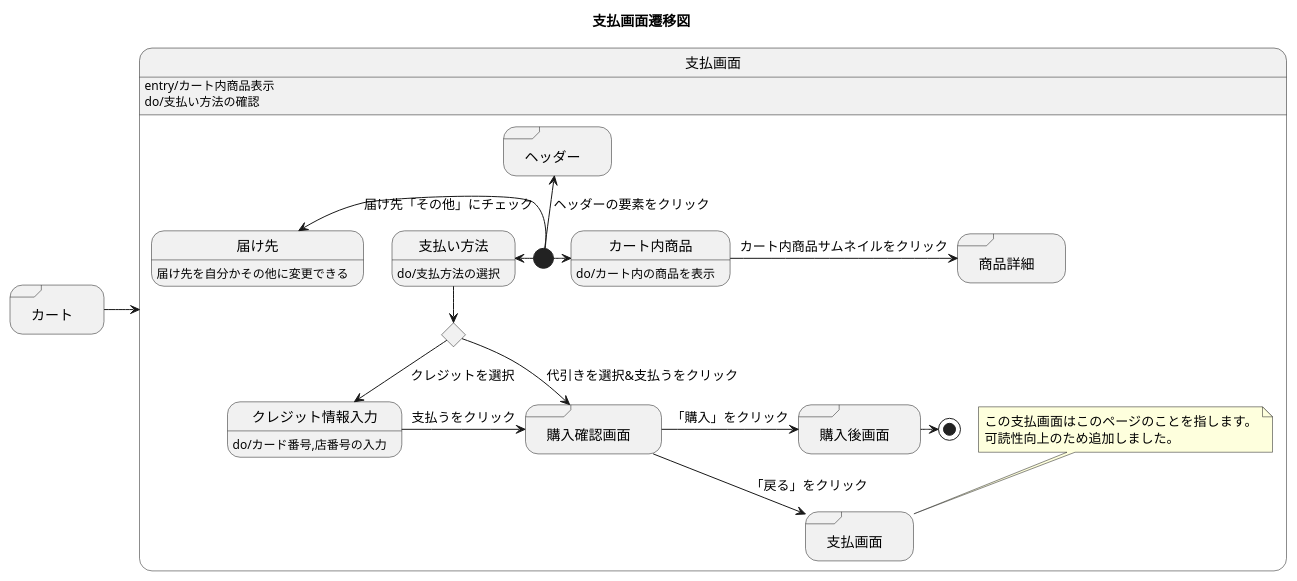
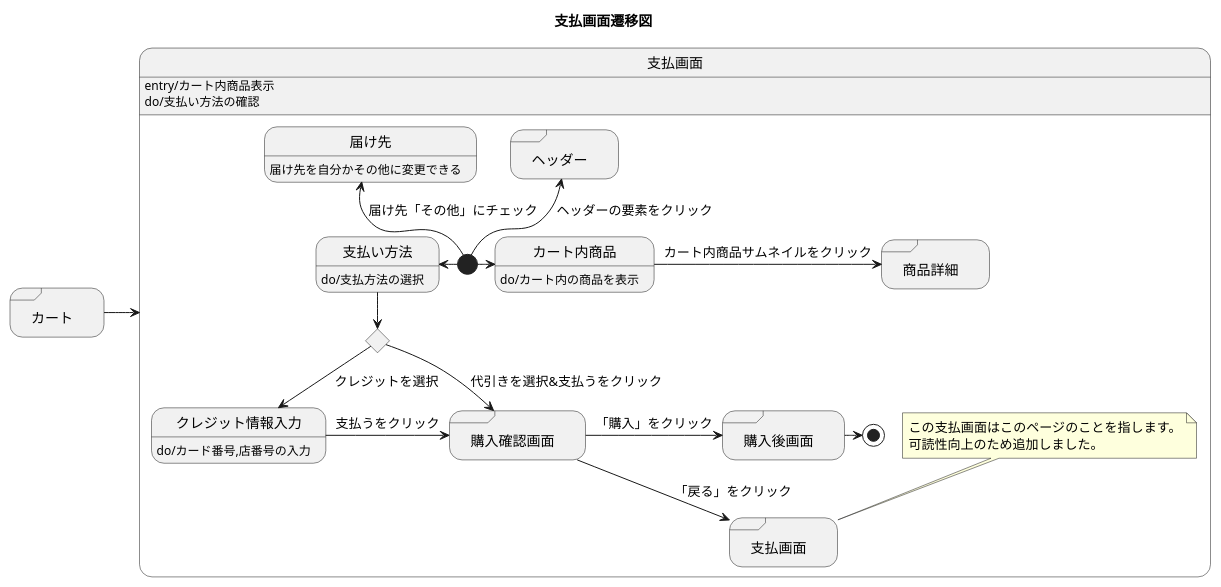
One commit to akutori/T-D-E changed the diagram in 支払画面.md. Above: the diagram before and after it, drawn with PlantUML.

Commit message:
遷移を上に変更

````diff
--- a/支払画面.md
+++ b/支払画面.md
@@ -1,42 +1,42 @@
 ```uml
 @startuml
 title 支払画面遷移図
 state 支払画面:entry/カート内商品表示
 state 支払画面:do/支払い方法の確認
 state "カート" as cart <<sdlreceive>>
 
 cart->支払画面
 
 state 支払画面{
     state input <<choice>>
     state "ヘッダー" as headder <<sdlreceive>>
     state "購入確認画面" as PurchaseConfirmation <<sdlreceive>>
     state "商品詳細" as detail <<sdlreceive>>
     state "購入後画面" as boughtpage <<sdlreceive>>
     state "支払画面" as Payment <<sdlreceive>>
     state 支払い方法:do/支払方法の選択
     state クレジット情報入力:do/カード番号,店番号の入力
     state カート内商品:do/カート内の商品を表示
     state 届け先:届け先を自分かその他に変更できる
 
 
     note top of Payment
         この支払画面はこのページのことを指します。
         可読性向上のため追加しました。
     end note
 
     [*]-left->支払い方法
     [*]->カート内商品
     [*]-up->headder : ヘッダーの要素をクリック
-    [*]-left->届け先 : 届け先「その他」にチェック
+    [*]-up->届け先 : 届け先「その他」にチェック
     支払い方法-->input
     input-> PurchaseConfirmation : 代引きを選択&支払うをクリック
     input--> クレジット情報入力 : クレジットを選択
     クレジット情報入力 -> PurchaseConfirmation : 支払うをクリック
     カート内商品->detail : カート内商品サムネイルをクリック
     PurchaseConfirmation -> boughtpage : 「購入」をクリック
     PurchaseConfirmation -->Payment  : 「戻る」をクリック
     boughtpage ->[*]
 }
 @enduml
 ```
````
